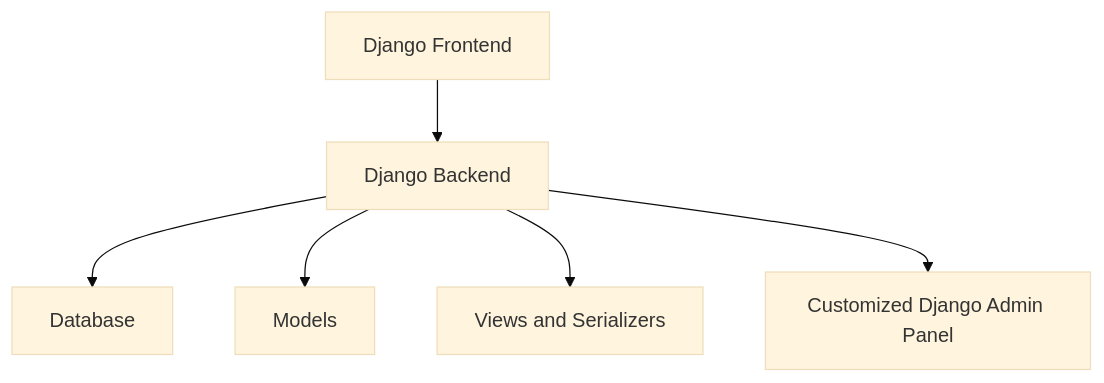
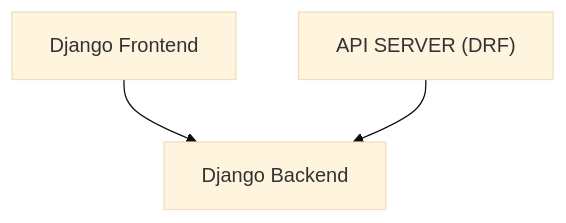
Before and after one commit to binaryloom/TaskManagementSystem: the diagram in docs/project_archetecture.md, drawn with Mermaid (base theme). The commit also changed other lines of this file, not shown here.

Commit message:
Mar 3, 2024, 10:16 PM

````diff
--- a/docs/project_archetecture.md
+++ b/docs/project_archetecture.md
@@ -7,8 +7,6 @@
 ```mermaid
 graph TD;
-    A[Django Frontend] --> B["Django Backend"];
-    B --> C["Database"];
-    B --> D["Models"];
-    B --> E["Views and Serializers"];
-    B --> F["Customized Django Admin Panel"];
+    A["Django Frontend"] --> B["Django Backend"];
+    C["API SERVER (DRF)"] --> B;
+
 ```
````
